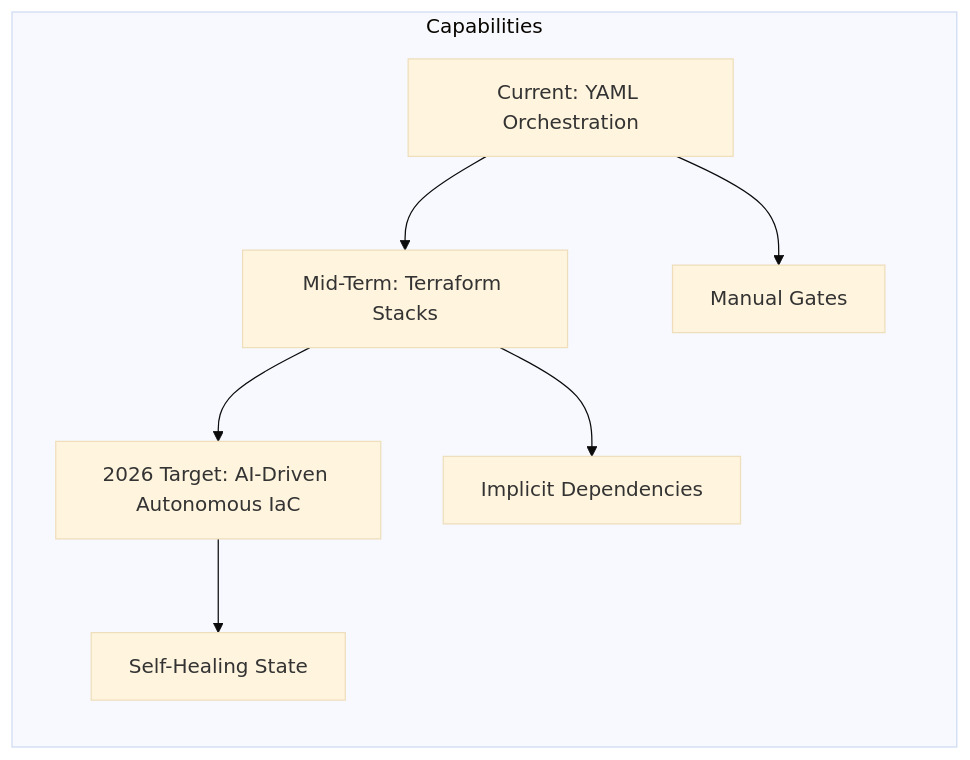
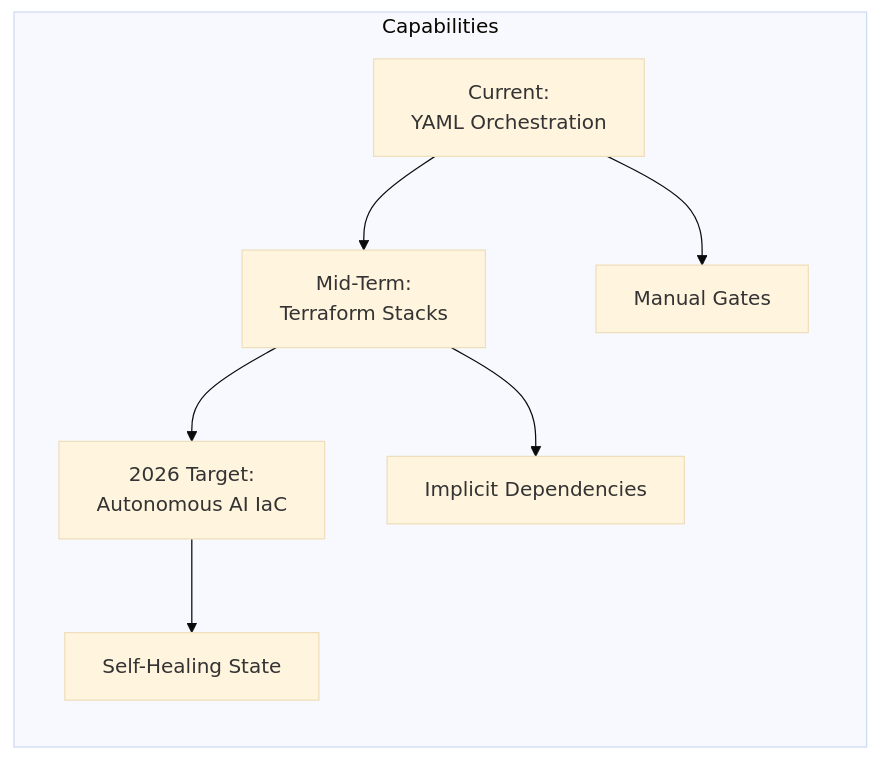
Before and after one commit to nubenetes/terraform-azure-devops-agentic: the diagram in docs/999-FUTURE_ROADMAP_AND_IMPROVEMENT_BACKLOG.md, drawn with Mermaid (base theme). The commit also changed 23 other files, not shown here.

Commit message:
docs: establish automated Mermaid validator and eliminate text clipping repo-wide

````diff
--- a/docs/999-FUTURE_ROADMAP_AND_IMPROVEMENT_BACKLOG.md
+++ b/docs/999-FUTURE_ROADMAP_AND_IMPROVEMENT_BACKLOG.md
@@ -35,10 +35,10 @@
 ```mermaid
 graph LR
-    V1[Current: YAML Orchestration] --> V2[Mid-Term: Terraform Stacks]
-    V2 --> V3[2026 Target: AI-Driven Autonomous IaC]
+    V1[Current:<br/>YAML Orchestration] --> V2[Mid-Term:<br/>Terraform Stacks]
+    V2 --> V3[2026 Target:<br/>Autonomous AI IaC]
     subgraph "Capabilities"
         V1 --> C1[Manual Gates]
         V2 --> C2[Implicit Dependencies]
         V3 --> C3[Self-Healing State]
     end
 ```
````
